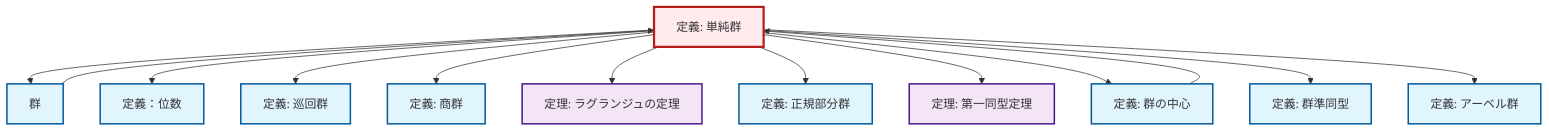
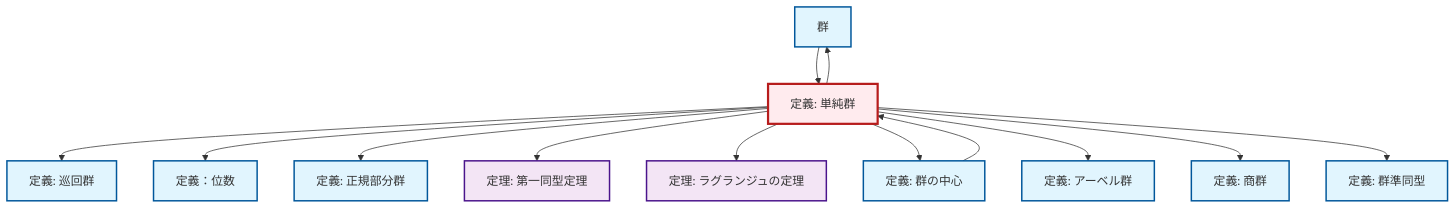
The diagram in content/ja/algebra/def-simple-group.qmd (RK0429/ModernMath), drawn with Mermaid before and after one commit. The commit also changed 672 other files, not shown here.

````diff
--- a/content/ja/algebra/def-simple-group.qmd
+++ b/content/ja/algebra/def-simple-group.qmd
@@ -96,43 +96,43 @@
 ```{mermaid}
-%%| fig-cap: "Local dependency graph"
+%%| fig-cap: "ローカル依存関係グラフ"
 graph TD
     classDef definition fill:#e1f5fe,stroke:#01579b,stroke-width:2px
     classDef theorem fill:#f3e5f5,stroke:#4a148c,stroke-width:2px
     classDef axiom fill:#fff3e0,stroke:#e65100,stroke-width:2px
     classDef example fill:#e8f5e9,stroke:#1b5e20,stroke-width:2px
     classDef current fill:#ffebee,stroke:#b71c1c,stroke-width:3px
-    def-simple-group["定義: 単純群"]:::definition
+    def-normal-subgroup["定義: 正規部分群"]:::definition
     def-cyclic-group["定義: 巡回群"]:::definition
     def-order["定義：位数"]:::definition
-    thm-lagrange["定理: ラグランジュの定理"]:::theorem
-    def-abelian-group["定義: アーベル群"]:::definition
-    def-normal-subgroup["定義: 正規部分群"]:::definition
-    def-center-of-group["定義: 群の中心"]:::definition
-    def-homomorphism["定義: 群準同型"]:::definition
     def-quotient-group["定義: 商群"]:::definition
     thm-first-isomorphism["定理: 第一同型定理"]:::theorem
+    def-homomorphism["定義: 群準同型"]:::definition
     def-group["群"]:::definition
-    def-group --> def-simple-group
-    def-center-of-group --> def-simple-group
+    thm-lagrange["定理: ラグランジュの定理"]:::theorem
+    def-center-of-group["定義: 群の中心"]:::definition
+    def-simple-group["定義: 単純群"]:::definition
+    def-abelian-group["定義: アーベル群"]:::definition
+    def-simple-group --> def-cyclic-group
+    def-simple-group --> def-order
     def-simple-group --> def-group
-    def-simple-group --> def-order
-    def-simple-group --> def-cyclic-group
-    def-simple-group --> def-quotient-group
-    def-simple-group --> thm-lagrange
     def-simple-group --> def-normal-subgroup
     def-simple-group --> thm-first-isomorphism
+    def-simple-group --> thm-lagrange
     def-simple-group --> def-center-of-group
+    def-group --> def-simple-group
+    def-simple-group --> def-abelian-group
+    def-simple-group --> def-quotient-group
     def-simple-group --> def-homomorphism
-    def-simple-group --> def-abelian-group
+    def-center-of-group --> def-simple-group
     class def-simple-group current
+    click def-normal-subgroup "def-normal-subgroup.html" "正規部分群の定義へ"
     click def-cyclic-group "def-cyclic-group.html" "巡回群の定義へ"
     click def-order "def-order.html" "定義：位数へ"
-    click thm-lagrange "thm-lagrange.html" "ラグランジュの定理の定理へ"
-    click def-abelian-group "def-abelian-group.html" "アーベル群の定義へ"
-    click def-normal-subgroup "def-normal-subgroup.html" "正規部分群の定義へ"
-    click def-center-of-group "def-center-of-group.html" "群の中心の定義へ"
-    click def-homomorphism "def-homomorphism.html" "群準同型の定義へ"
     click def-quotient-group "def-quotient-group.html" "商群の定義へ"
     click thm-first-isomorphism "thm-first-isomorphism.html" "第一同型定理の定理へ"
+    click def-homomorphism "def-homomorphism.html" "群準同型の定義へ"
     click def-group "def-group.html" "群へ"
+    click thm-lagrange "thm-lagrange.html" "ラグランジュの定理の定理へ"
+    click def-center-of-group "def-center-of-group.html" "群の中心の定義へ"
+    click def-abelian-group "def-abelian-group.html" "アーベル群の定義へ"
 ```
````
